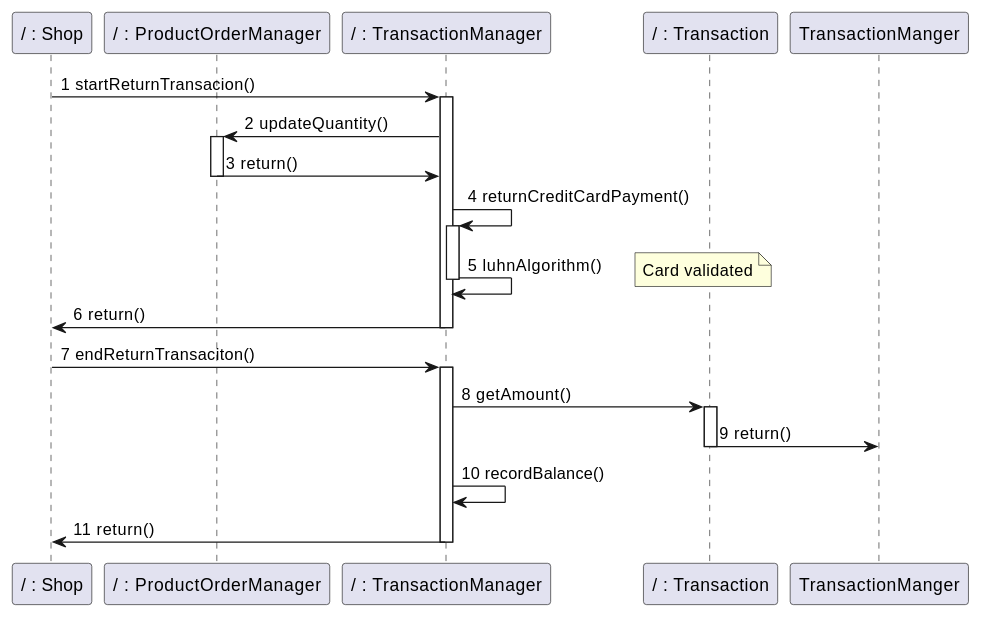
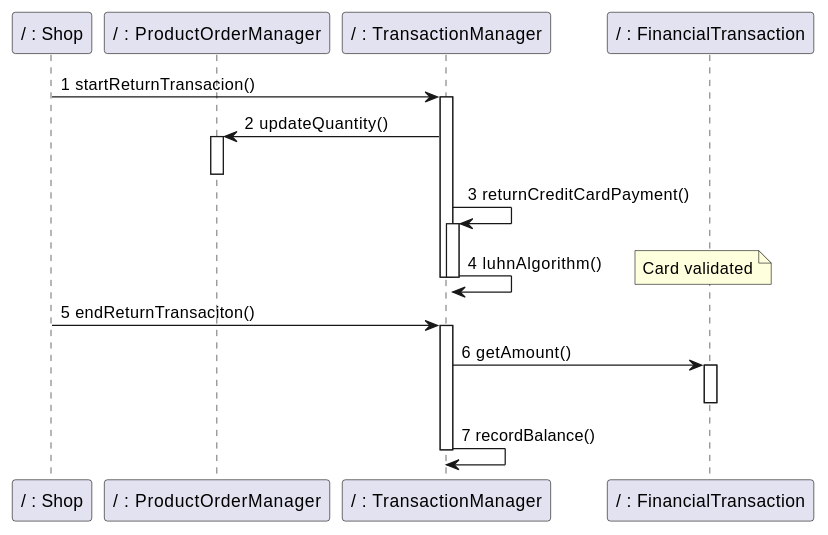
Diagram 14 of 18 in Deliverables/DesignDocument.md (nicolabattaglino/ezshop), drawn with PlantUML before and after one commit. The commit also changed other lines of this file, not shown here.

````diff
--- a/Deliverables/DesignDocument.md
+++ b/Deliverables/DesignDocument.md
@@ -815,31 +815,27 @@
 ```plantuml
 @startuml
 
 participant "/ : Shop" as Shop
 participant "/ : ProductOrderManager" as ProductOrderManager
 participant "/ : TransactionManager" as TransactionManager
-participant "/ : Transaction" as Transaction
+participant "/ : FinancialTransaction" as FinancialTransaction
 Shop -> TransactionManager:1 startReturnTransacion()
 activate TransactionManager
 TransactionManager -> ProductOrderManager:2 updateQuantity()
 activate ProductOrderManager
-ProductOrderManager -> TransactionManager:3 return()
 deactivate ProductOrderManager
-TransactionManager -> TransactionManager:4 returnCreditCardPayment()
+TransactionManager -> TransactionManager:3 returnCreditCardPayment()
 activate TransactionManager
-TransactionManager -> TransactionManager:5 luhnAlgorithm()
+TransactionManager -> TransactionManager:4 luhnAlgorithm()
 note right: Card validated
 deactivate TransactionManager 
-TransactionManager  -> Shop:6 return()
 deactivate TransactionManager 
-Shop -> TransactionManager:7 endReturnTransaciton()
+Shop -> TransactionManager:5 endReturnTransaciton()
 activate TransactionManager
-TransactionManager-> Transaction:8 getAmount()
-activate Transaction
-Transaction -> TransactionManger:9 return()
-deactivate Transaction
-TransactionManager -> TransactionManager:10 recordBalance() 
-TransactionManager -> Shop:11 return()
+TransactionManager-> FinancialTransaction:6 getAmount()
+activate FinancialTransaction
+deactivate FinancialTransaction
+TransactionManager -> TransactionManager:7 recordBalance() 
 deactivate TransactionManager 
 @enduml
 ```
````
